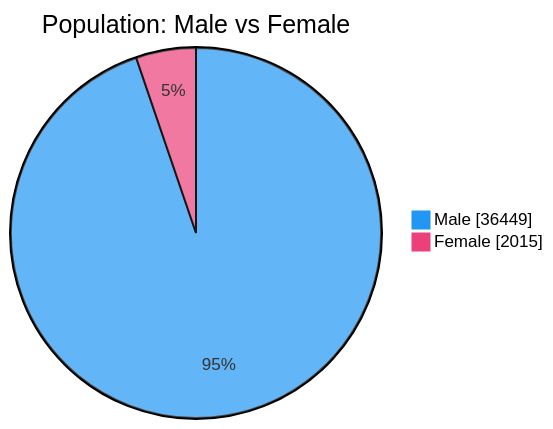
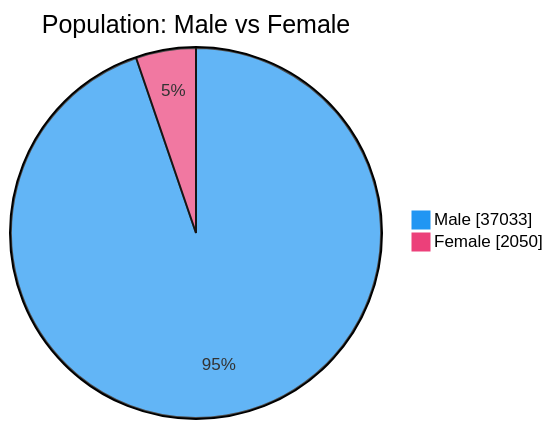
One commit to nuuuwan/lk_prisons changed the second of 7 diagrams in README.md. Above: the diagram before and after it, drawn with Mermaid. The commit also changed other lines of this file and 1 other file, not shown here.

````diff
--- a/README.md
+++ b/README.md
@@ -54,6 +54,6 @@
 ```mermaid
 %%{init: {'themeVariables': {'pie1': '#2196F3', 'pie2': '#EC407A'}}}%%
 pie showData title Population: Male vs Female
-    "Male" : 36449
-    "Female" : 2015
+    "Male" : 37033
+    "Female" : 2050
 ```
````
